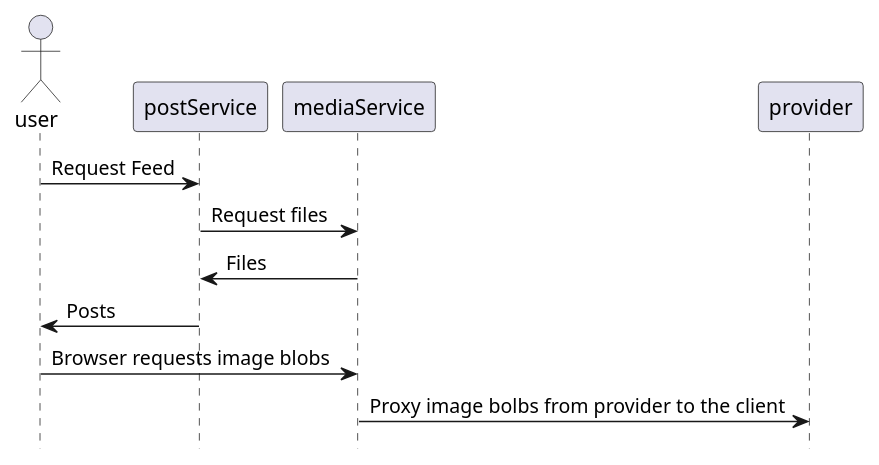
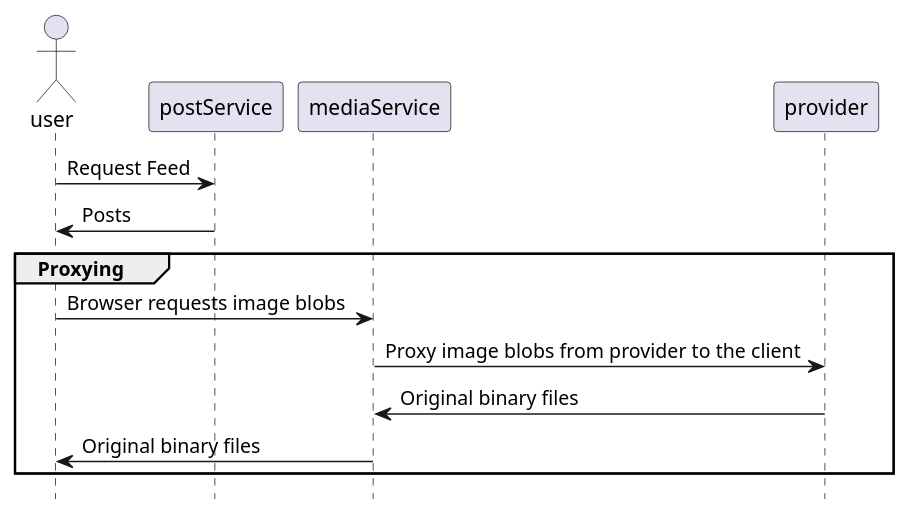
Before and after one commit to saifaldin/diagrams: the diagram in post.requestFeed.sequenceDiagram.plantuml, drawn with PlantUML. The commit also changed 4 other files, not shown here.

Commit message:
finish initial diagrams - start openAPI definitions

```diff
--- a/post.requestFeed.sequenceDiagram.plantuml
+++ b/post.requestFeed.sequenceDiagram.plantuml
@@ -1,18 +1,18 @@
 @startuml
 hide footbox
 
 actor user
 
 participant postService
 participant mediaService
 participant provider
 
-' Some edits needed here!
-
 user -> postService : Request Feed
-postService -> mediaService: Request files
-mediaService -> postService: Files
 postService -> user: Posts
+group Proxying
 user -> mediaService : Browser requests image blobs
-mediaService -> provider : Proxy image bolbs from provider to the client
+mediaService -> provider : Proxy image blobs from provider to the client
+provider -> mediaService : Original binary files
+mediaService -> user : Original binary files
+end
 @enduml
```
